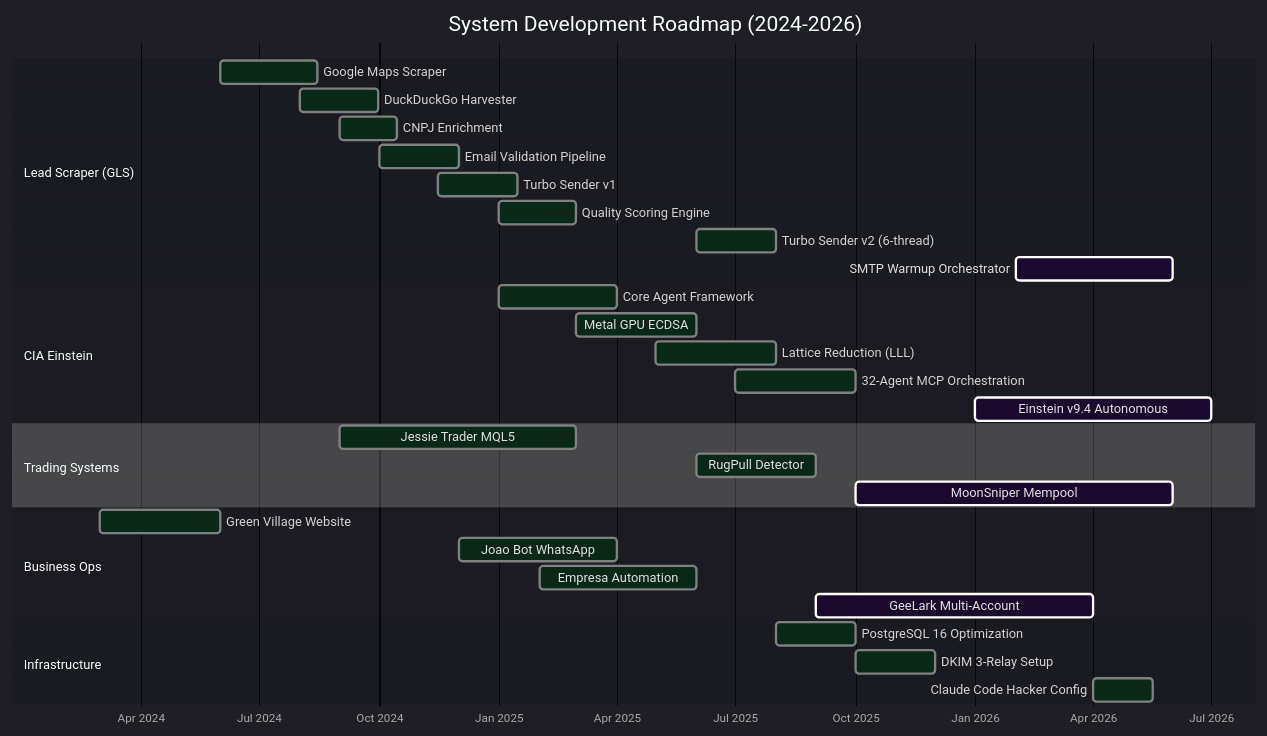
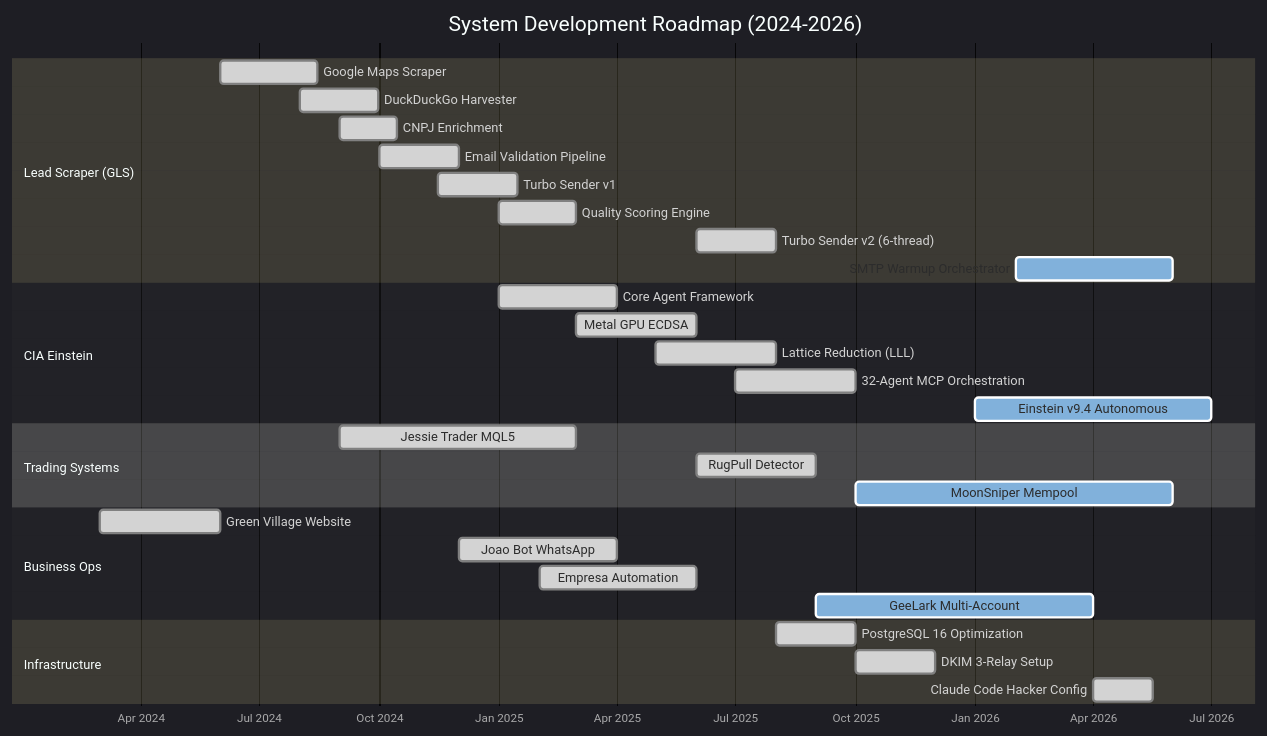
One commit to MatheusAgueda/MatheusAgueda changed the eighth of 16 diagrams in README.md. Above: the diagram before and after it, drawn with Mermaid. The commit also changed other lines of this file, not shown here.

First line of the commit message:
fix: remove dark classDef fills + replace block-beta — fix Mermaid rendering bugs

````diff
--- a/README.md
+++ b/README.md
@@ -739,40 +725,40 @@
 ```mermaid
-%%{init: {'theme': 'dark', 'themeVariables': {'primaryColor': '#0a1628', 'primaryTextColor': '#00D4FF', 'primaryBorderColor': '#BD00FF', 'gridColor': '#1a1a2e', 'todayLineColor': '#FF2D95', 'taskTextColor': '#e0e0e0', 'taskTextDarkColor': '#e0e0e0', 'sectionBkgColor': '#0d0d14', 'altSectionBkgColor': '#111118', 'taskBkgColor': '#0a1628', 'activeTaskBkgColor': '#1a0a2e', 'doneTaskBkgColor': '#0a2818', 'critBkgColor': '#2e0a1a'}}}%%
+%%{init: {'theme': 'dark'}}%%
 gantt
     title System Development Roadmap (2024-2026)
     dateFormat YYYY-MM-DD
     axisFormat %b %Y
 
     section Lead Scraper (GLS)
         Google Maps Scraper       :done, gls1, 2024-06-01, 2024-08-15
         DuckDuckGo Harvester      :done, gls2, 2024-08-01, 2024-09-30
         CNPJ Enrichment           :done, gls3, 2024-09-01, 2024-10-15
         Email Validation Pipeline :done, gls4, 2024-10-01, 2024-12-01
         Turbo Sender v1           :done, gls5, 2024-11-15, 2025-01-15
         Quality Scoring Engine    :done, gls6, 2025-01-01, 2025-03-01
         Turbo Sender v2 (6-thread):done, gls7, 2025-06-01, 2025-08-01
         SMTP Warmup Orchestrator  :active, gls8, 2026-02-01, 2026-06-01
 
     section CIA Einstein
         Core Agent Framework      :done, cia1, 2025-01-01, 2025-04-01
         Metal GPU ECDSA           :done, cia2, 2025-03-01, 2025-06-01
         Lattice Reduction (LLL)   :done, cia3, 2025-05-01, 2025-08-01
         32-Agent MCP Orchestration:done, cia4, 2025-07-01, 2025-10-01
         Einstein v9.4 Autonomous  :active, cia5, 2026-01-01, 2026-07-01
 
     section Trading Systems
         Jessie Trader MQL5        :done, jt1, 2024-09-01, 2025-03-01
         RugPull Detector           :done, rp1, 2025-06-01, 2025-09-01
         MoonSniper Mempool        :active, ms1, 2025-10-01, 2026-06-01
 
     section Business Ops
         Green Village Website     :done, gv1, 2024-03-01, 2024-06-01
         Joao Bot WhatsApp         :done, jb1, 2024-12-01, 2025-04-01
         Empresa Automation        :done, ea1, 2025-02-01, 2025-06-01
         GeeLark Multi-Account     :active, gl1, 2025-09-01, 2026-04-01
 
     section Infrastructure
         PostgreSQL 16 Optimization:done, inf1, 2025-08-01, 2025-10-01
         DKIM 3-Relay Setup        :done, inf2, 2025-10-01, 2025-12-01
         Claude Code Hacker Config :done, inf3, 2026-04-01, 2026-05-17
 ```
````
